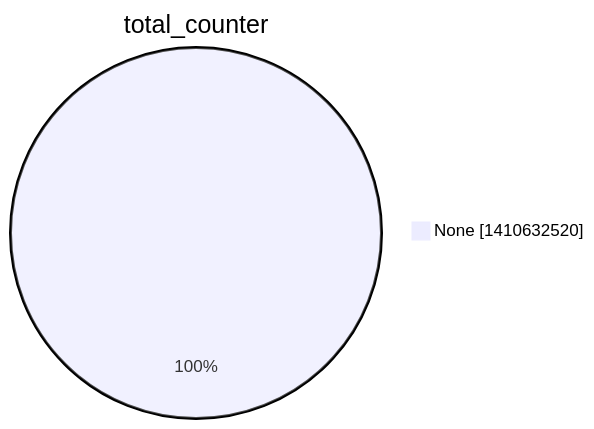
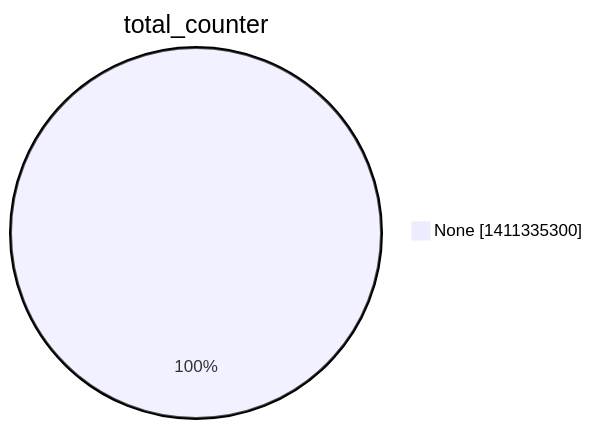
The second of 15 diagrams in argon2022/README.md (christiankrug/ctmonitor_visualization), drawn with Mermaid before and after one commit. The commit also changed other lines of this file, not shown here.

````diff
--- a/argon2022/README.md
+++ b/argon2022/README.md
@@ -9,5 +9,5 @@
 ```mermaid
 pie showData
 title total_counter
-"None" :1410632520
+"None" :1411335300
 ```
````
